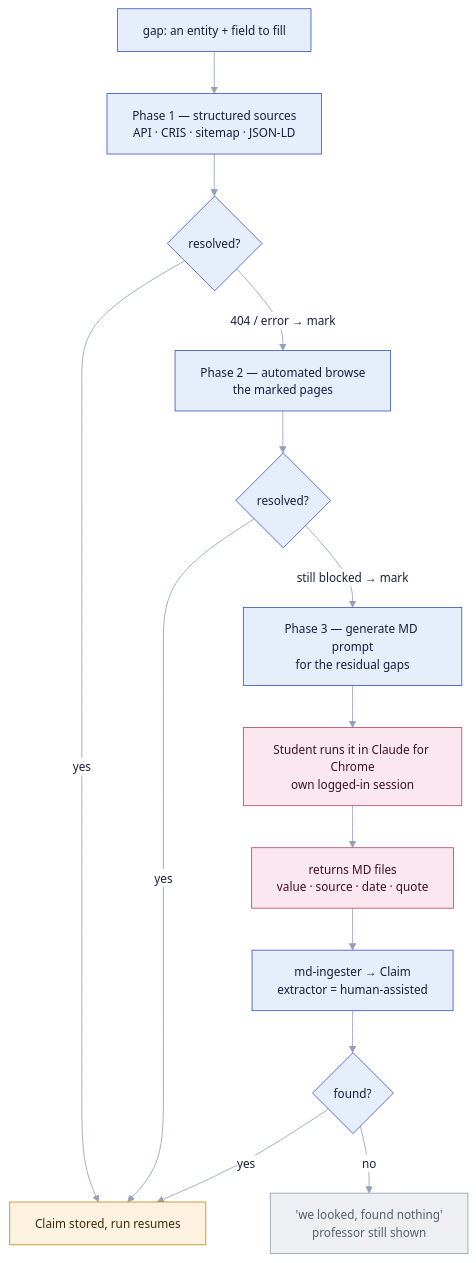
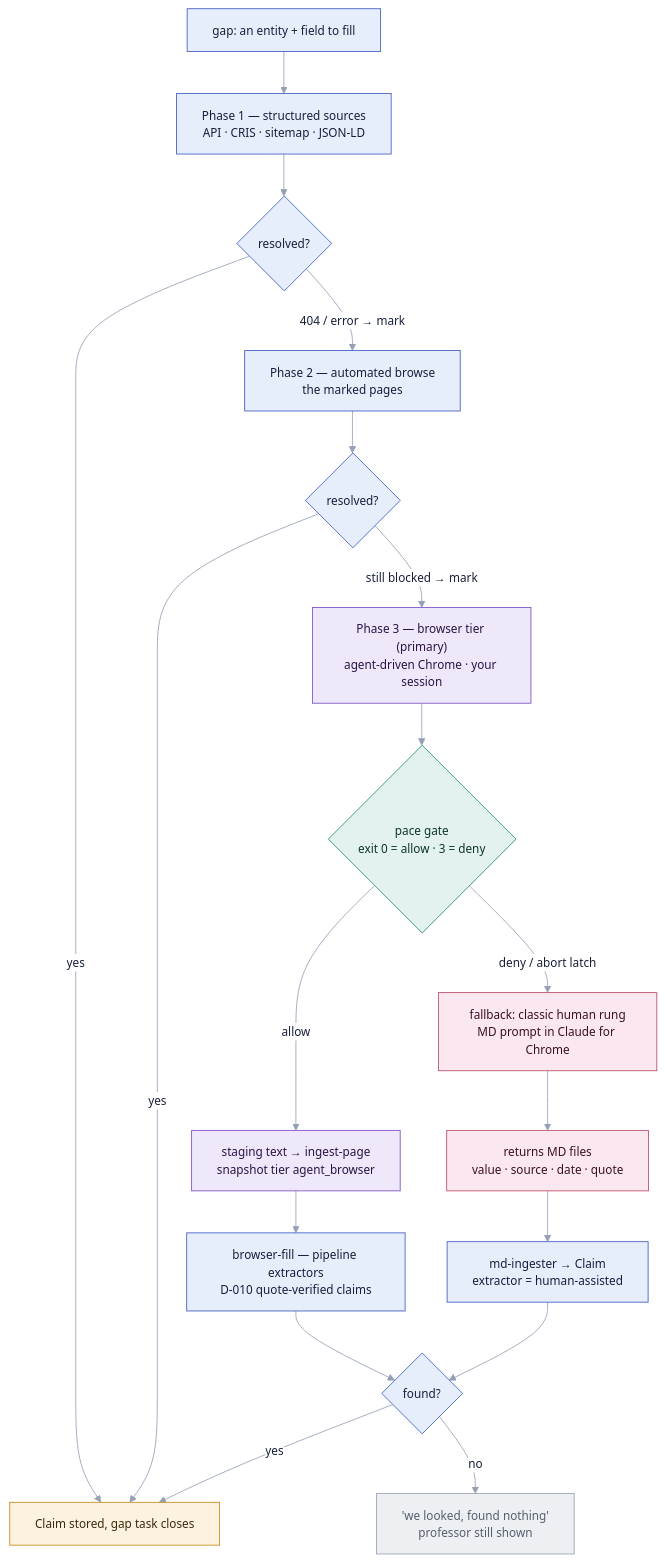
One commit to ahmedmahershaaban/supervisorly changed the sixth of 12 diagrams in docs/design-atlas.md. Above: the diagram before and after it, drawn with Mermaid. The commit also changed other lines of this file and 3 other files, not shown here.

First line of the commit message:
B7: update design-atlas artifacts to the shipped reality + dashboard diagram

````diff
--- a/docs/design-atlas.md
+++ b/docs/design-atlas.md
@@ -176,33 +311,42 @@
 ```mermaid
 %%{init:{'theme':'base','themeVariables':{'fontFamily':'ui-sans-serif,system-ui,sans-serif','fontSize':'14px','primaryColor':'#e6edfb','primaryBorderColor':'#3f5bc4','primaryTextColor':'#18203a','lineColor':'#95a0b5','secondaryColor':'#eef1f6','tertiaryColor':'#f6f8fb','clusterBkg':'#f6f8fb','clusterBorder':'#cbd3e2','edgeLabelBackground':'#ffffff'}}}%%
 flowchart TD
   G["gap: an entity + field to fill"]
   P1["Phase 1 — structured sources<br/>API · CRIS · sitemap · JSON-LD"]
   P1OK{"resolved?"}
   P2["Phase 2 — automated browse<br/>the marked pages"]
   P2OK{"resolved?"}
-  P3["Phase 3 — generate MD prompt<br/>for the residual gaps"]
-  HUMAN["Student runs it in Claude for Chrome<br/>own logged-in session"]
+  P3["Phase 3 — browser tier (primary)<br/>agent-driven Chrome · your session"]
+  PACE{"pace gate<br/>exit 0 = allow · 3 = deny"}
+  SNAPB["staging text → ingest-page<br/>snapshot tier agent_browser"]
+  FILLB["browser-fill — pipeline extractors<br/>D-010 quote-verified claims"]
+  P3OK{"found?"}
+  HUMAN["fallback: classic human rung<br/>MD prompt in Claude for Chrome"]
   MD["returns MD files<br/>value · source · date · quote"]
   INGEST["md-ingester → Claim<br/>extractor = human-assisted"]
-  P3OK{"found?"}
-  CLAIM["Claim stored, run resumes"]
+  CLAIM["Claim stored, gap task closes"]
   NONE["'we looked, found nothing'<br/>professor still shown"]
 
   G --> P1 --> P1OK
   P1OK -->|"yes"| CLAIM
   P1OK -->|"404 / error → mark"| P2 --> P2OK
   P2OK -->|"yes"| CLAIM
-  P2OK -->|"still blocked → mark"| P3 --> HUMAN --> MD --> INGEST --> P3OK
+  P2OK -->|"still blocked → mark"| P3 --> PACE
+  PACE -->|"allow"| SNAPB --> FILLB --> P3OK
+  PACE -->|"deny / abort latch"| HUMAN --> MD --> INGEST --> P3OK
   P3OK -->|"yes"| CLAIM
   P3OK -->|"no"| NONE
 
   classDef tool fill:#e6edfb,stroke:#3f5bc4,color:#16203c;
+  classDef agentv fill:#efe7fa,stroke:#7c4fc4,color:#2a1544;
   classDef human fill:#fbe7ef,stroke:#bd4a66,color:#3a1120;
+  classDef gate fill:#e3f2ef,stroke:#1e8c78,color:#0d362e;
   classDef store fill:#fdf2e0,stroke:#c58a1a,color:#3a2b0e;
   classDef skip fill:#edeff3,stroke:#98a2b4,color:#565f6e;
-  class P1,P2,P3,INGEST tool
+  class P1,P2,FILLB,INGEST tool
+  class P3,SNAPB agentv
+  class PACE gate
   class HUMAN,MD human
   class CLAIM store
   class NONE skip
 ```
````
